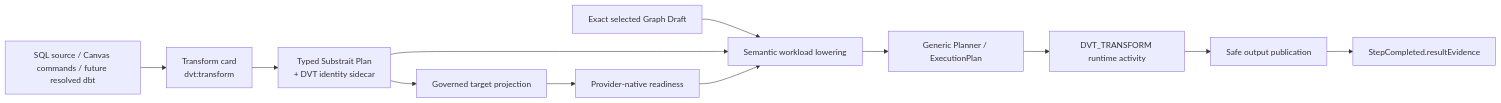
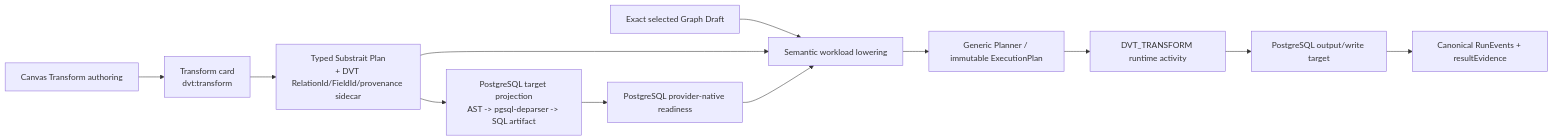
The first of 2 diagrams in docs/planning/proposals/mandatory/runtime-and-contracts/vtx2-transform-cutover-plan-20260828.md (dunay2/dvt), drawn with Mermaid before and after one commit. The commit also changed other lines of this file, not shown here.

Commit message:
docs(docs): Remove SQL import from VTX2 Transform cutover

````diff
--- a/docs/planning/proposals/mandatory/runtime-and-contracts/vtx2-transform-cutover-plan-20260828.md
+++ b/docs/planning/proposals/mandatory/runtime-and-contracts/vtx2-transform-cutover-plan-20260828.md
@@ -146,26 +109,26 @@
 ```mermaid
 flowchart LR
-  Sources["SQL source / Canvas commands / future resolved dbt"]
+  Canvas["Canvas Transform authoring"]
   Transform["Transform card\ndvt:transform"]
-  Semantic["Typed Substrait Plan\n+ DVT identity sidecar"]
-  Render["Governed target projection"]
-  Ready["Provider-native readiness"]
+  Semantic["Typed Substrait Plan\n+ DVT RelationId/FieldId/provenance sidecar"]
+  Render["PostgreSQL target projection\nAST -> pgsql-deparser -> SQL artifact"]
+  Ready["PostgreSQL provider-native readiness"]
   Select["Exact selected Graph Draft"]
   Lower["Semantic workload lowering"]
-  Planner["Generic Planner / ExecutionPlan"]
+  Planner["Generic Planner / immutable ExecutionPlan"]
   Runtime["DVT_TRANSFORM runtime activity"]
-  Publish["Safe output publication"]
-  Evidence["StepCompleted.resultEvidence"]
+  Target["PostgreSQL output/write target"]
+  Evidence["Canonical RunEvents + resultEvidence"]
 
-  Sources --> Transform
+  Canvas --> Transform
   Transform --> Semantic
   Semantic --> Render
   Render --> Ready
   Select --> Lower
   Semantic --> Lower
   Ready --> Lower
   Lower --> Planner
   Planner --> Runtime
-  Runtime --> Publish
-  Publish --> Evidence
+  Runtime --> Target
+  Target --> Evidence
 ```
````
